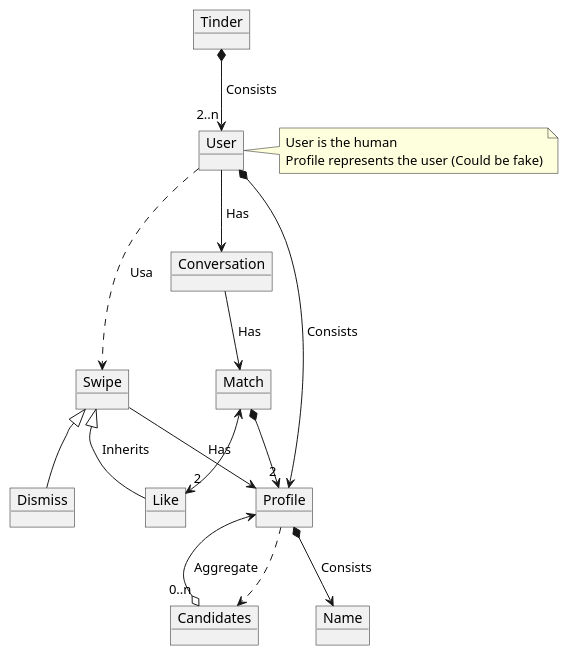
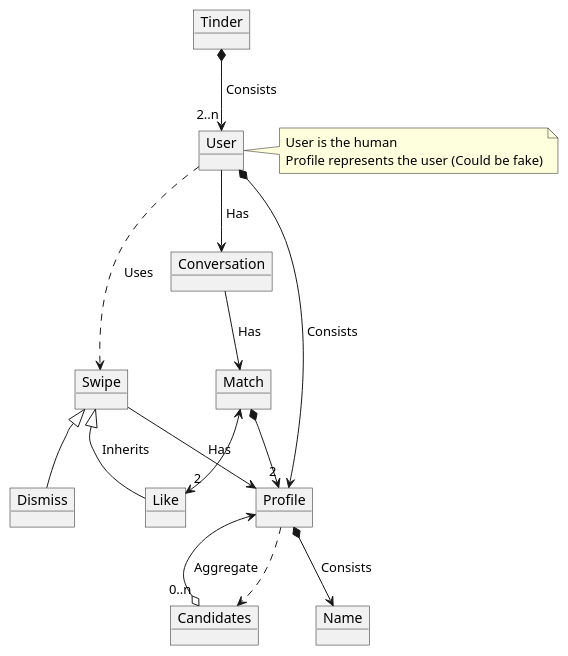
Before and after one commit to fraylopez/tinder: the diagram in docs/src/domain-model.puml, drawn with PlantUML.

Commit message:
small fix

```diff
--- a/docs/src/domain-model.puml
+++ b/docs/src/domain-model.puml
@@ -1,37 +1,37 @@
 @startuml
 
 object Tinder
 object Match
 object Like
 object Dismiss
 object Swipe
 object Candidates
 object User
 note right
 User is the human
 Profile represents the user (Could be fake)
 end note
 object Profile
 object Name
 object Conversation
 
-User ..> Swipe : " Usa"
+User ..> Swipe : " Uses"
 User *--> Profile : " Consists"
 
 Tinder *--> "2..n" User : " Consists"
 Profile *--> Name : " Consists"
 
 Like -up-|> Swipe: " Inherits"
 Dismiss -up-|> Swipe
 Candidates "0..n" o-down-> Profile: " Aggregate"
 
 Profile ..> Candidates
 Conversation --> Match: " Has"
 
 Swipe --> Profile: " Has"
 Match *--> "2" Profile
 Match <--> "2" Like
 
 User --> Conversation: " Has"
 
 @enduml
```
